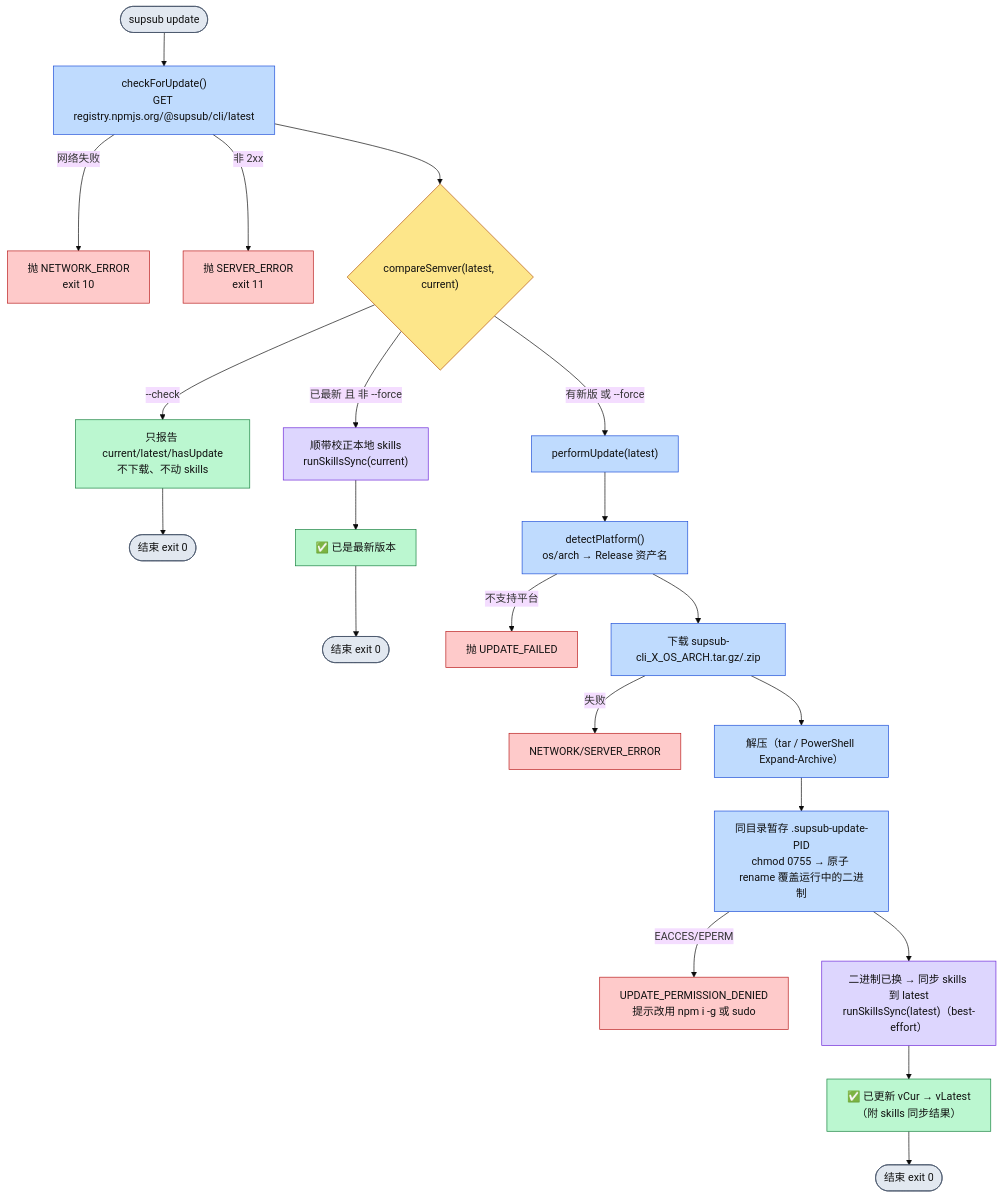
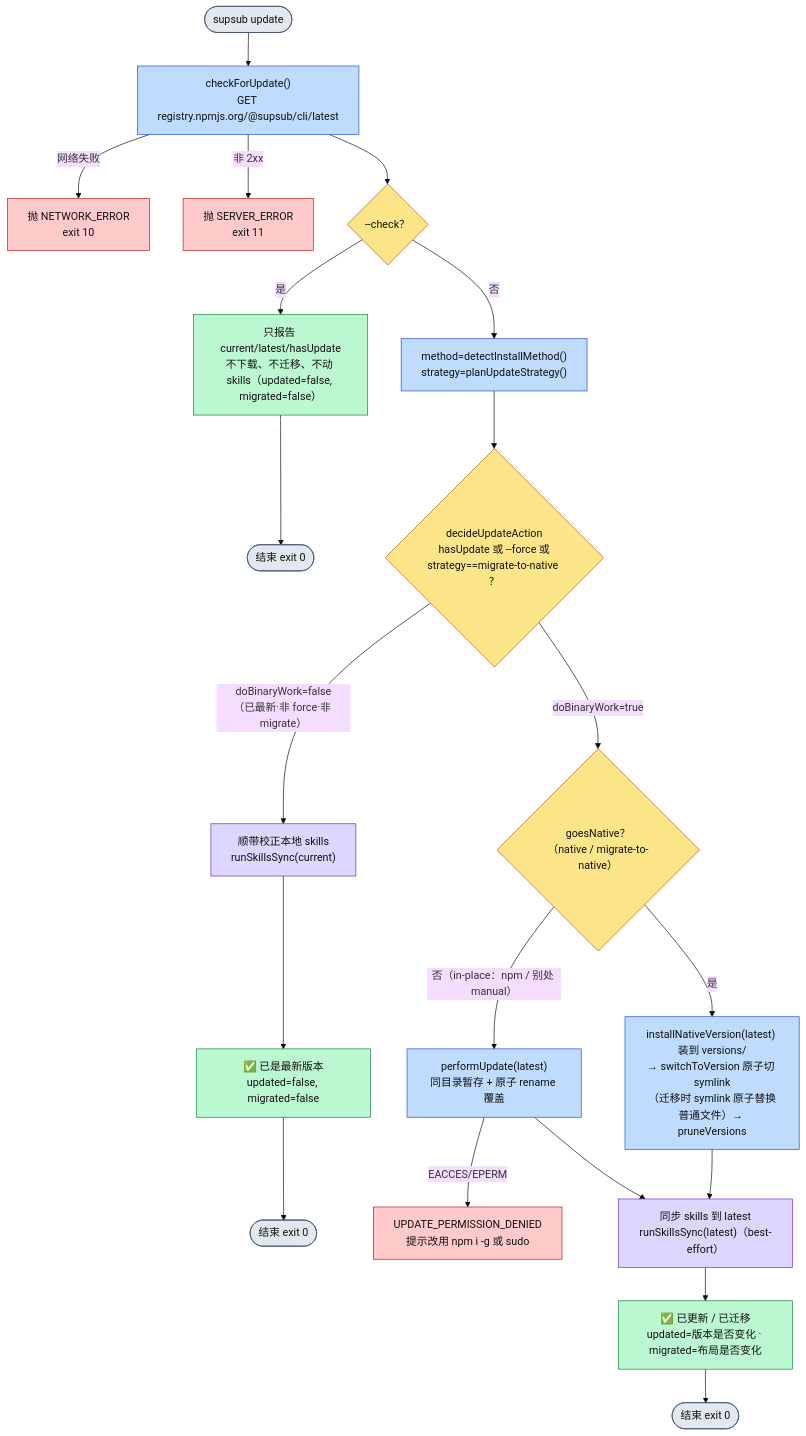
Before and after one commit to SupSub-AI/supsub-cli: the third of 6 diagrams in docs/self-update-flow.md, drawn with Mermaid (base theme). The commit also changed other lines of this file and 6 other files, not shown here.

````diff
--- a/docs/self-update-flow.md
+++ b/docs/self-update-flow.md
@@ -132,31 +136,31 @@
 ```mermaid
 flowchart TD
     Start([supsub update]):::start --> Check["checkForUpdate()<br/>GET registry.npmjs.org/@supsub/cli/latest"]:::step
     Check -->|网络失败| ErrNet["抛 NETWORK_ERROR<br/>exit 10"]:::err
     Check -->|非 2xx| ErrSrv["抛 SERVER_ERROR<br/>exit 11"]:::err
-    Check --> Cmp{"compareSemver(latest, current)"}:::dec
+    Check --> Chk{"--check？"}:::dec
 
-    Cmp -->|"--check"| Report["只报告 current/latest/hasUpdate<br/>不下载、不动 skills"]:::out
+    Chk -->|是| Report["只报告 current/latest/hasUpdate<br/>不下载、不迁移、不动 skills（updated=false, migrated=false）"]:::out
     Report --> End1([结束 exit 0]):::start
 
-    Cmp -->|"已最新 且 非 --force"| Skills1["顺带校正本地 skills<br/>runSkillsSync(current)"]:::skill
-    Skills1 --> MsgUp2date["✅ 已是最新版本"]:::out --> End2([结束 exit 0]):::start
+    Chk -->|否| Plan["method=detectInstallMethod()<br/>strategy=planUpdateStrategy()"]:::step
+    Plan --> Dec{"decideUpdateAction<br/>hasUpdate 或 --force 或<br/>strategy==migrate-to-native ？"}:::dec
 
-    Cmp -->|"有新版 或 --force"| Perform["performUpdate(latest)"]:::step
-    Perform --> Detect["detectPlatform()<br/>os/arch → Release 资产名"]:::step
-    Detect -->|不支持平台| ErrPlat["抛 UPDATE_FAILED"]:::err
-    Detect --> DL["下载 supsub-cli_X_OS_ARCH.tar.gz/.zip"]:::step
-    DL -->|失败| ErrDL["NETWORK/SERVER_ERROR"]:::err
-    DL --> Extract["解压（tar / PowerShell Expand-Archive）"]:::step
-    Extract --> Atomic["同目录暂存 .supsub-update-PID<br/>chmod 0755 → 原子 rename 覆盖运行中的二进制"]:::step
-    Atomic -->|EACCES/EPERM| ErrPerm["UPDATE_PERMISSION_DENIED<br/>提示改用 npm i -g 或 sudo"]:::err
-    Atomic --> Skills2["二进制已换 → 同步 skills 到 latest<br/>runSkillsSync(latest)（best-effort）"]:::skill
-    Skills2 --> MsgDone["✅ 已更新 vCur → vLatest<br/>（附 skills 同步结果）"]:::out --> End3([结束 exit 0]):::start
+    Dec -->|"doBinaryWork=false<br/>（已最新·非 force·非 migrate）"| Skills1["顺带校正本地 skills<br/>runSkillsSync(current)"]:::skill
+    Skills1 --> MsgUp2date["✅ 已是最新版本<br/>updated=false, migrated=false"]:::out --> End2([结束 exit 0]):::start
+
+    Dec -->|"doBinaryWork=true"| Native{"goesNative？<br/>（native / migrate-to-native）"}:::dec
+    Native -->|是| InstN["installNativeVersion(latest) 装到 versions/<br/>→ switchToVersion 原子切 symlink<br/>（迁移时 symlink 原子替换普通文件）→ pruneVersions"]:::step
+    Native -->|"否（in-place：npm / 别处 manual）"| InstP["performUpdate(latest)<br/>同目录暂存 + 原子 rename 覆盖"]:::step
+    InstP -->|EACCES/EPERM| ErrPerm["UPDATE_PERMISSION_DENIED<br/>提示改用 npm i -g 或 sudo"]:::err
+    InstN --> Skills2["同步 skills 到 latest<br/>runSkillsSync(latest)（best-effort）"]:::skill
+    InstP --> Skills2
+    Skills2 --> MsgDone["✅ 已更新 / 已迁移<br/>updated=版本是否变化 · migrated=布局是否变化"]:::out --> End3([结束 exit 0]):::start
 
     classDef start fill:#e2e8f0,stroke:#475569,color:#111;
     classDef step fill:#bfdbfe,stroke:#1d4ed8,color:#111;
     classDef dec fill:#fde68a,stroke:#b45309,color:#111;
     classDef out fill:#bbf7d0,stroke:#15803d,color:#111;
     classDef skill fill:#ddd6fe,stroke:#6d28d9,color:#111;
     classDef err fill:#fecaca,stroke:#b91c1c,color:#111;
 ```
````
